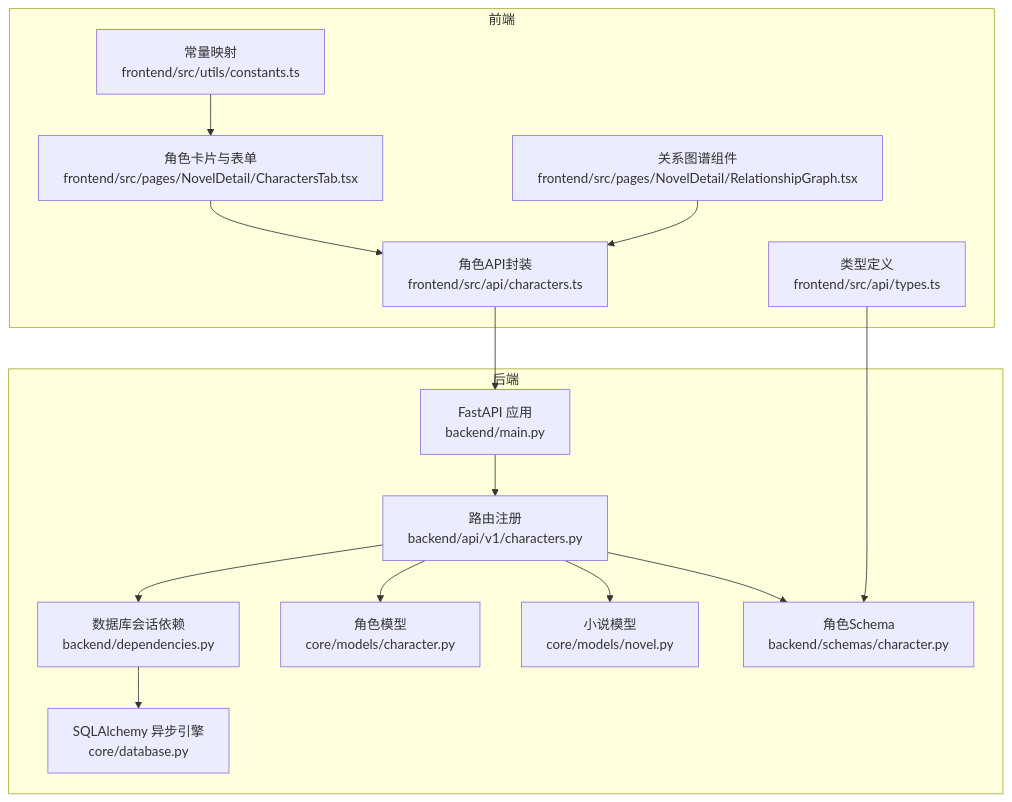
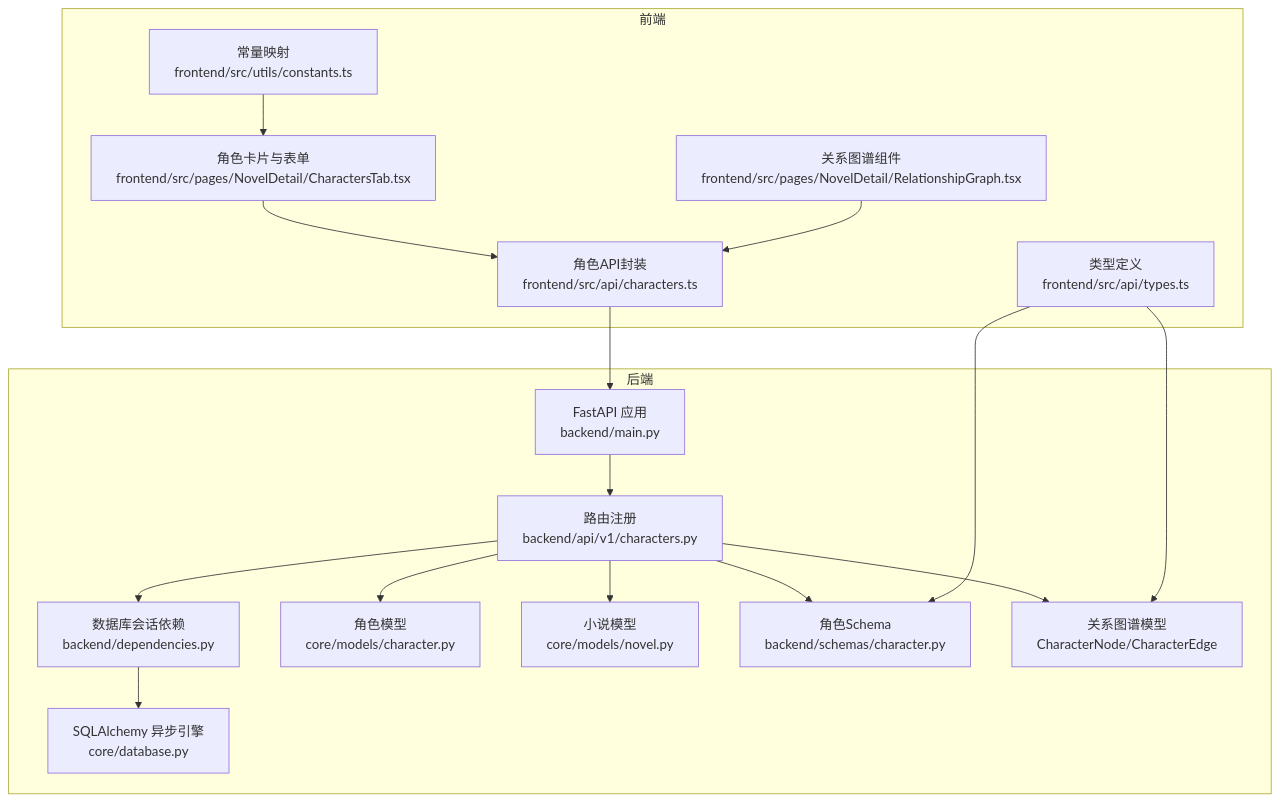
The first of 9 diagrams in .qoder/repowiki/zh/content/API接口文档/角色管理API.md (xfbyxq/ai-novel-system), drawn with Mermaid before and after one commit. The commit also changed other lines of this file and 84 other files, not shown here.

````diff
--- a/.qoder/repowiki/zh/content/API接口文档/角色管理API.md
+++ b/.qoder/repowiki/zh/content/API接口文档/角色管理API.md
@@ -45,30 +54,33 @@
 ```mermaid
 graph TB
 subgraph "后端"
 A["FastAPI 应用<br/>backend/main.py"]
 B["路由注册<br/>backend/api/v1/characters.py"]
 C["数据库会话依赖<br/>backend/dependencies.py"]
 D["SQLAlchemy 异步引擎<br/>core/database.py"]
 E["角色模型<br/>core/models/character.py"]
 F["小说模型<br/>core/models/novel.py"]
 G["角色Schema<br/>backend/schemas/character.py"]
+H["关系图谱模型<br/>CharacterNode/CharacterEdge"]
 end
 subgraph "前端"
-H["角色API封装<br/>frontend/src/api/characters.ts"]
-I["角色卡片与表单<br/>frontend/src/pages/NovelDetail/CharactersTab.tsx"]
-J["关系图谱组件<br/>frontend/src/pages/NovelDetail/RelationshipGraph.tsx"]
-K["类型定义<br/>frontend/src/api/types.ts"]
-L["常量映射<br/>frontend/src/utils/constants.ts"]
+I["角色API封装<br/>frontend/src/api/characters.ts"]
+J["角色卡片与表单<br/>frontend/src/pages/NovelDetail/CharactersTab.tsx"]
+K["关系图谱组件<br/>frontend/src/pages/NovelDetail/RelationshipGraph.tsx"]
+L["类型定义<br/>frontend/src/api/types.ts"]
+M["常量映射<br/>frontend/src/utils/constants.ts"]
 end
 A --> B
 B --> C
 C --> D
 B --> E
 B --> F
 B --> G
-H --> A
-I --> H
-J --> H
-K --> G
-L --> I
+B --> H
+I --> A
+J --> I
+K --> I
+L --> G
+L --> H
+M --> J
 ```
````
